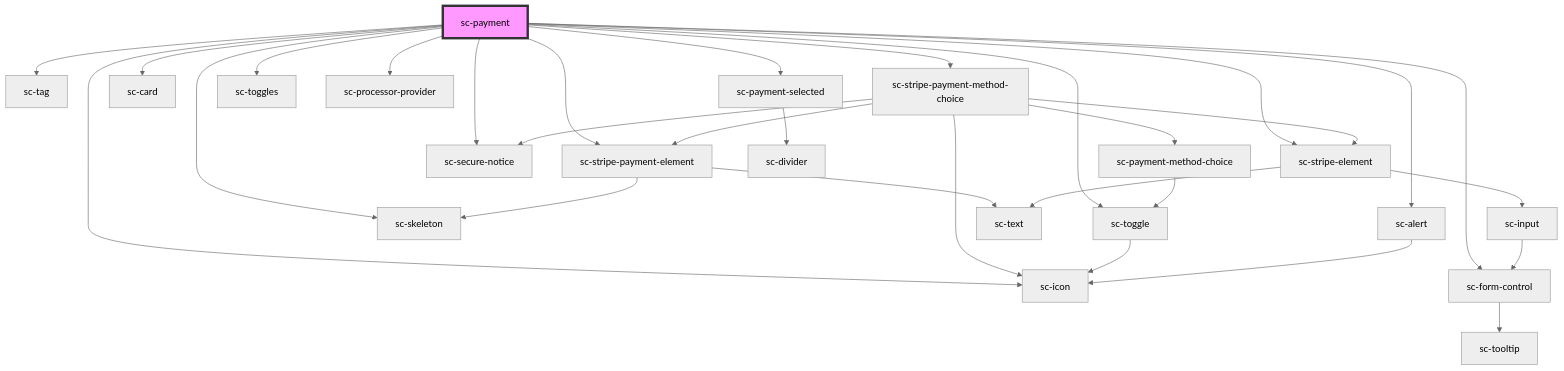
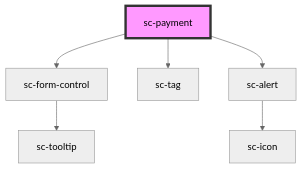
The diagram in packages/components/src/components/controllers/checkout-form/payment/readme.md (surecart/surecart-wp-plugin), drawn with Mermaid (neutral theme) before and after one commit. The commit also changed other lines of this file and 18 other files, not shown here.

````diff
--- a/packages/components/src/components/controllers/checkout-form/payment/readme.md
+++ b/packages/components/src/components/controllers/checkout-form/payment/readme.md
@@ -56,33 +36,9 @@
 ```mermaid
 graph TD;
-  sc-payment --> sc-stripe-payment-element
-  sc-payment --> sc-stripe-element
-  sc-payment --> sc-secure-notice
+  sc-payment --> sc-form-control
   sc-payment --> sc-tag
-  sc-payment --> sc-stripe-payment-method-choice
-  sc-payment --> sc-toggle
-  sc-payment --> sc-icon
-  sc-payment --> sc-card
-  sc-payment --> sc-payment-selected
-  sc-payment --> sc-form-control
-  sc-payment --> sc-toggles
-  sc-payment --> sc-skeleton
   sc-payment --> sc-alert
-  sc-payment --> sc-processor-provider
-  sc-stripe-payment-element --> sc-text
-  sc-stripe-payment-element --> sc-skeleton
-  sc-stripe-element --> sc-input
-  sc-stripe-element --> sc-text
-  sc-input --> sc-form-control
   sc-form-control --> sc-tooltip
-  sc-stripe-payment-method-choice --> sc-stripe-payment-element
-  sc-stripe-payment-method-choice --> sc-stripe-element
-  sc-stripe-payment-method-choice --> sc-secure-notice
-  sc-stripe-payment-method-choice --> sc-payment-method-choice
-  sc-stripe-payment-method-choice --> sc-icon
-  sc-payment-method-choice --> sc-toggle
-  sc-toggle --> sc-icon
-  sc-payment-selected --> sc-divider
   sc-alert --> sc-icon
   style sc-payment fill:#f9f,stroke:#333,stroke-width:4px
 ```
````
